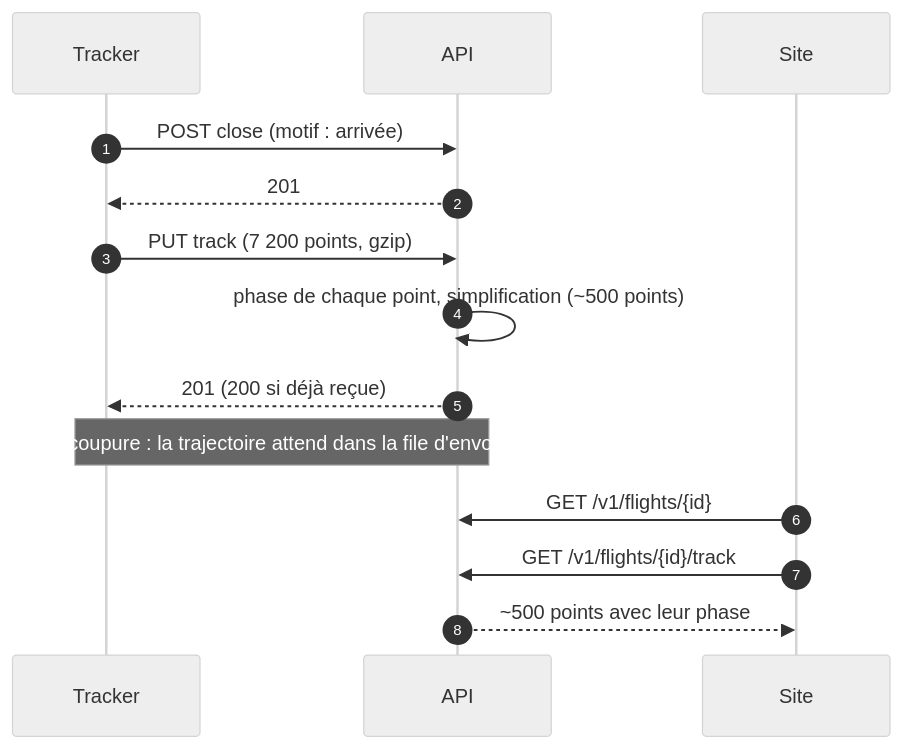
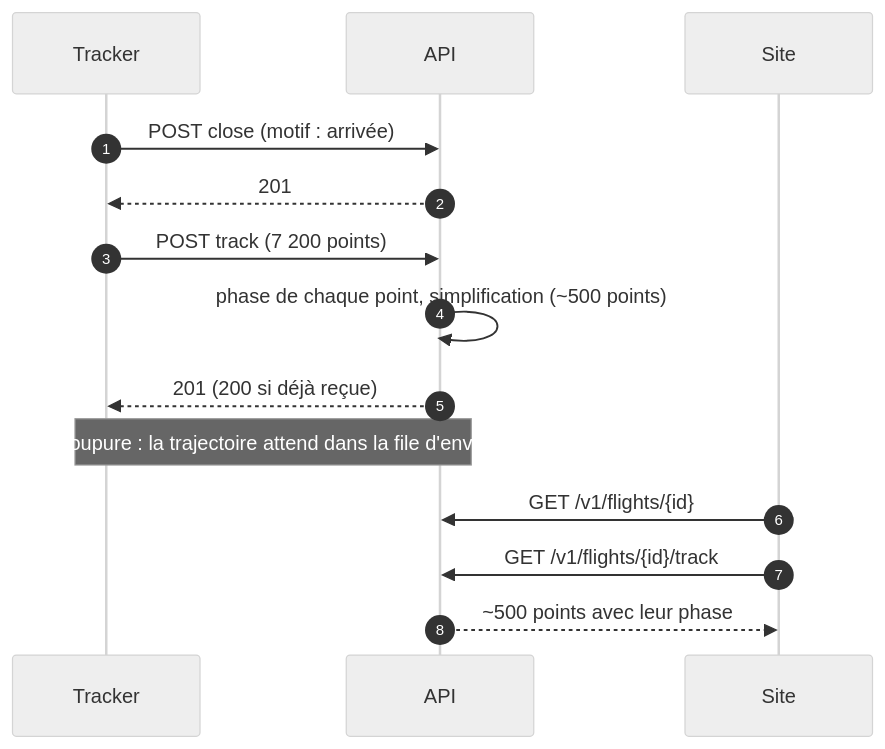
The diagram in docs/schemas/j2-trajectoire.mmd (tetardo/weems), drawn with Mermaid (neutral theme) before and after one commit. The commit also changed 4 other files, not shown here.

```diff
--- a/docs/schemas/j2-trajectoire.mmd
+++ b/docs/schemas/j2-trajectoire.mmd
@@ -1,14 +1,14 @@
 sequenceDiagram
   autonumber
   participant T as Tracker
   participant A as API
   participant S as Site
   T->>A: POST close (motif : arrivée)
   A-->>T: 201
-  T->>A: PUT track (7 200 points, gzip)
+  T->>A: POST track (7 200 points)
   A->>A: phase de chaque point, simplification (~500 points)
   A-->>T: 201 (200 si déjà reçue)
   Note over T,A: coupure : la trajectoire attend dans la file d'envoi
   S->>A: GET /v1/flights/{id}
   S->>A: GET /v1/flights/{id}/track
   A-->>S: ~500 points avec leur phase
```
